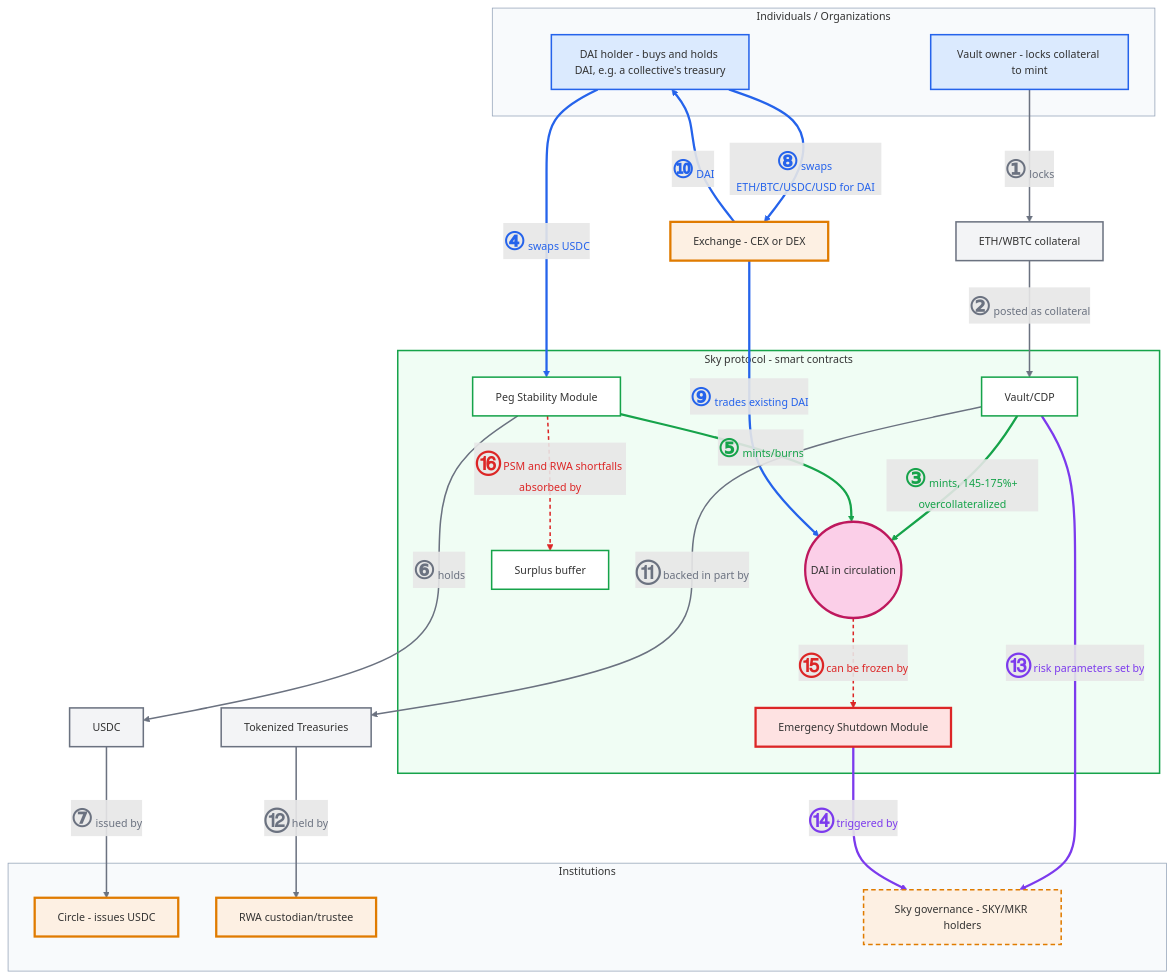
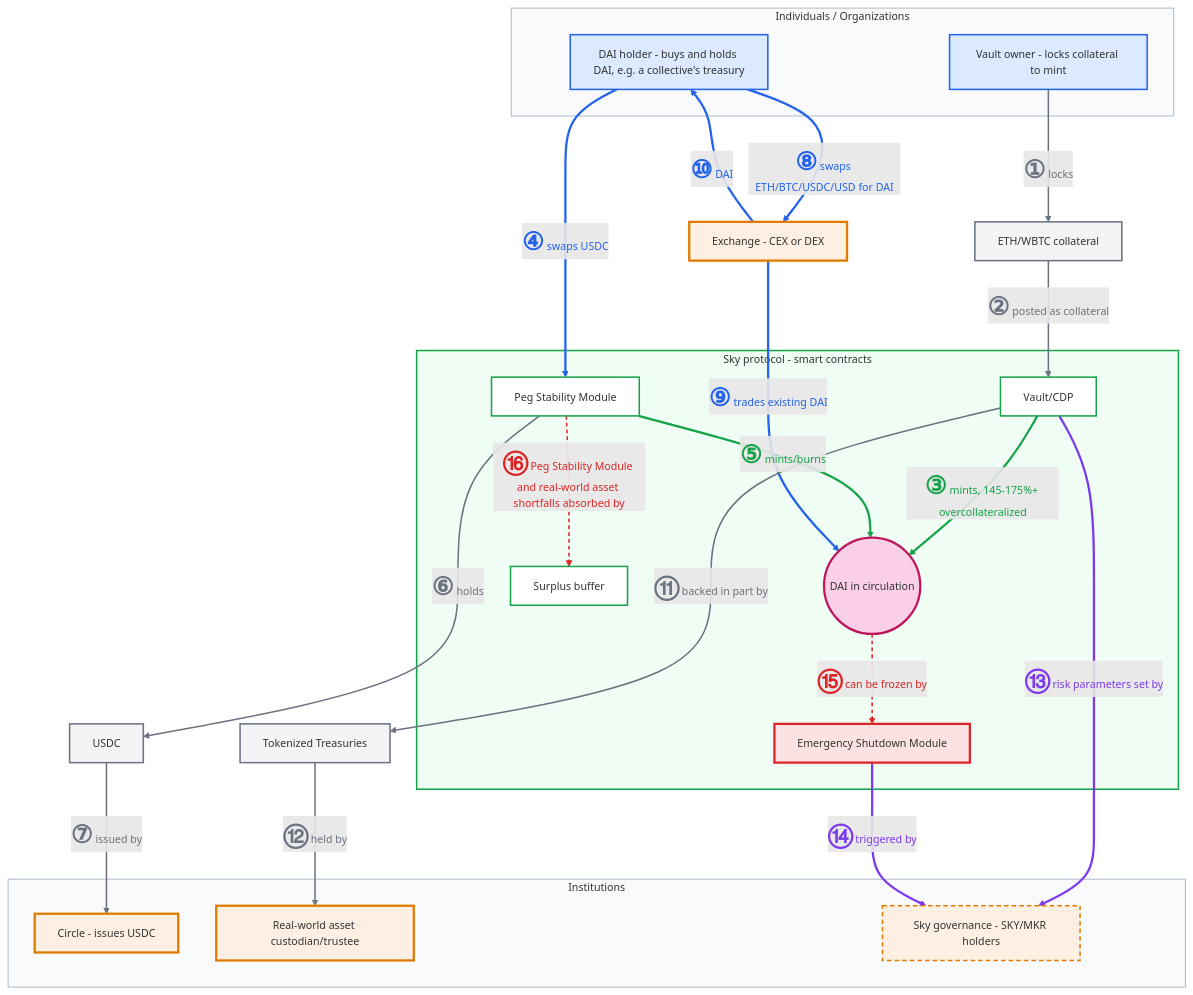
The diagram in governance/diagrams/dai-flows.mmd (doikayt/admin), drawn with Mermaid before and after one commit. The commit also changed 3 other files, not shown here.

Commit message:
docs: spell out Peg Stability Module and real-world asset in the DAI diagram

```diff
--- a/governance/diagrams/dai-flows.mmd
+++ b/governance/diagrams/dai-flows.mmd
@@ -1,73 +1,73 @@
 %%{init: {"themeVariables": {"fontSize": "14px"}, "flowchart": {"nodeSpacing": 50, "rankSpacing": 70}}}%%
 flowchart TD
     subgraph USERS["Individuals / Organizations"]
         VaultOwner[Vault owner - locks collateral to mint]
         Holder[DAI holder - buys and holds DAI, e.g. a collective's treasury]
     end
 
     Exchange[Exchange - CEX or DEX]
     ETHCollat[ETH/WBTC collateral]
 
     subgraph PROTO["Sky protocol - smart contracts"]
         DAISupply((DAI in circulation))
         PSM[Peg Stability Module]
         Vault[Vault/CDP]
         ESM[Emergency Shutdown Module]
         Buffer[Surplus buffer]
     end
 
     USDC[USDC]
     RWA[Tokenized Treasuries]
 
     subgraph INST["Institutions"]
         Circle[Circle - issues USDC]
-        RWACustodian[RWA custodian/trustee]
+        RWACustodian[Real-world asset custodian/trustee]
         Governance[Sky governance - SKY/MKR holders]
     end
 
     VaultOwner -- "<b style='font-size:2.3em'>①</b> locks" --> ETHCollat
     ETHCollat -- "<b style='font-size:2.3em'>②</b> posted as collateral" --> Vault
     Vault -- "<b style='font-size:2.3em'>③</b> mints, 145-175%+ overcollateralized" --> DAISupply
 
     Holder -- "<b style='font-size:2.3em'>④</b> swaps USDC" --> PSM
     PSM -- "<b style='font-size:2.3em'>⑤</b> mints/burns" --> DAISupply
     PSM -- "<b style='font-size:2.3em'>⑥</b> holds" --> USDC
     USDC -- "<b style='font-size:2.3em'>⑦</b> issued by" --> Circle
 
     Holder -- "<b style='font-size:2.3em'>⑧</b> swaps ETH/BTC/USDC/USD for DAI" --> Exchange
     Exchange -- "<b style='font-size:2.3em'>⑨</b> trades existing DAI" --> DAISupply
     Exchange -- "<b style='font-size:2.3em'>⑩</b> DAI" --> Holder
 
     Vault -- "<b style='font-size:2.3em'>⑪</b> backed in part by" --> RWA
     RWA -- "<b style='font-size:2.3em'>⑫</b> held by" --> RWACustodian
 
     Vault -- "<b style='font-size:2.3em'>⑬</b> risk parameters set by" --> Governance
     ESM -- "<b style='font-size:2.3em'>⑭</b> triggered by" --> Governance
 
     DAISupply -- "<b style='font-size:2.3em'>⑮</b> can be frozen by" --> ESM
-    PSM -.->|"<b style='font-size:2.3em'>⑯</b> PSM and RWA shortfalls absorbed by"| Buffer
+    PSM -.->|"<b style='font-size:2.3em'>⑯</b> Peg Stability Module and real-world asset shortfalls absorbed by"| Buffer
 
     classDef user fill:#dbeafe,stroke:#2563eb,stroke-width:2px
     classDef code fill:#ffffff,stroke:#16a34a,stroke-width:2px
     classDef asset fill:#f3f4f6,stroke:#6b7280,stroke-width:2px
     classDef token fill:#fbcfe8,stroke:#be185d,stroke-width:3px
     classDef cutoff fill:#fdf0e3,stroke:#e07b00,stroke-width:3px
     classDef legal fill:#fdf0e3,stroke:#e07b00,stroke-width:2px,stroke-dasharray:6 4
     classDef breaker fill:#fee2e2,stroke:#dc2626,stroke-width:3px
     class VaultOwner,Holder user
     class Vault,PSM,Buffer code
     class ETHCollat,USDC,RWA asset
     class DAISupply token
     class Circle,RWACustodian,Exchange cutoff
     class Governance legal
     class ESM breaker
 
     style USERS fill:#f8fafc,stroke:#94a3b8
     style PROTO fill:#f0fdf4,stroke:#16a34a,stroke-width:2px
     style INST fill:#f8fafc,stroke:#94a3b8
 
     linkStyle 2,4 stroke:#16a34a,stroke-width:3px,color:#16a34a
     linkStyle 3,7,8,9 stroke:#2563eb,stroke-width:3px,color:#2563eb
     linkStyle 0,1,5,6,10,11 stroke:#6b7280,stroke-width:2px,color:#6b7280
     linkStyle 12,13 stroke:#7c3aed,stroke-width:3px,color:#7c3aed
     linkStyle 14,15 stroke:#dc2626,stroke-width:2px,stroke-dasharray:5 4,color:#dc2626
```
